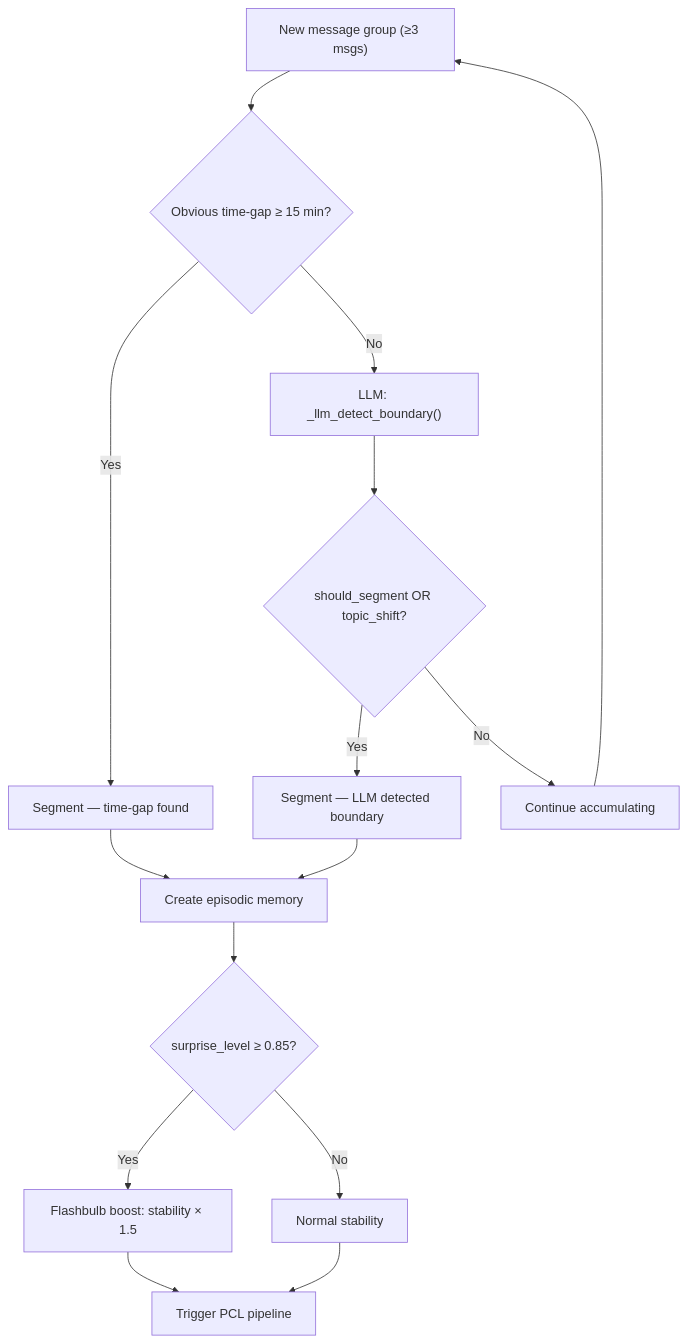
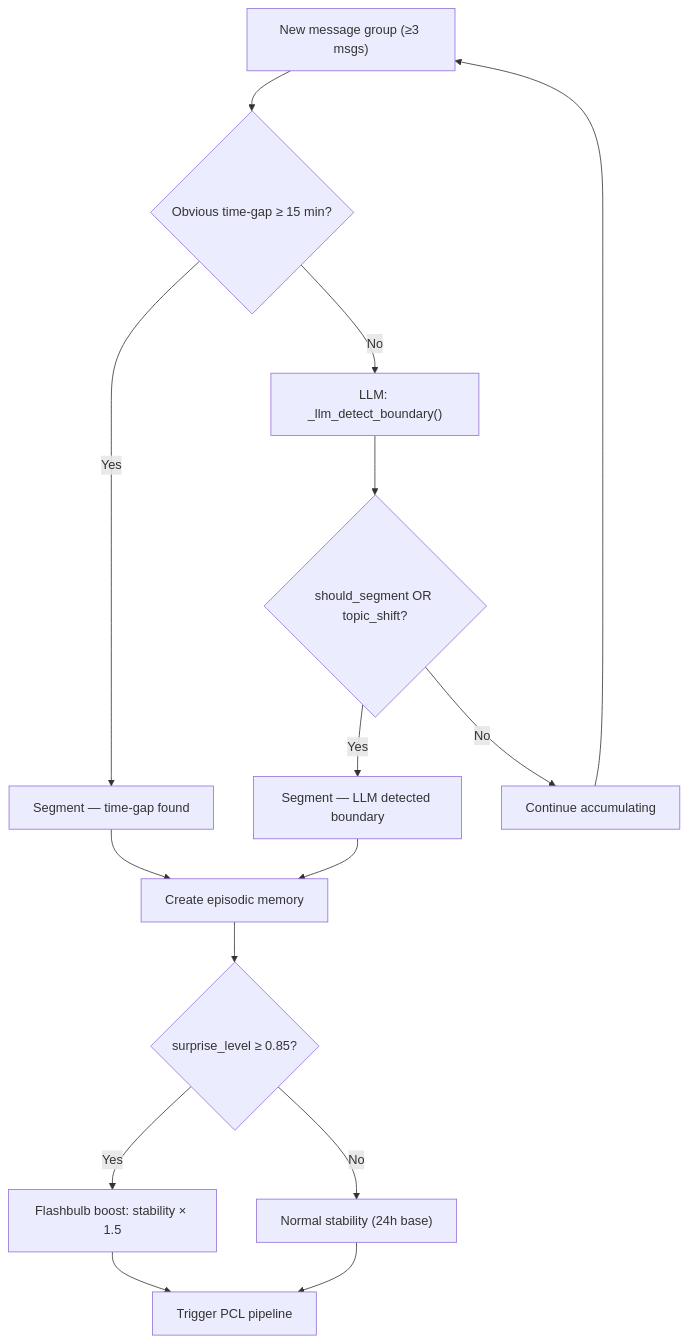
The second of 4 diagrams in app/memory/docs/architecture.md (icedeyes12/yuzu-companion), drawn with Mermaid before and after one commit. The commit also changed 1 other file, not shown here.

Commit message:
feat(memory): implement temporal fast-path and fix flashbulb boost
## Temporal Fast-Path (NEW)
- Add _detect_time_gap() for 15-min gap detection
- Add _apply_temporal_segmentation() for no-LLM segmentation
- Add _enhance_temporal_segments() to add titles/summaries via LLM
- Dual-channel: fast-path first, then LLM for topic shift

## Flashbulb Boost (FIXED)
- Use BASE_STABILITY = 24.0 (FSRS default)
- Apply 1.5x multiplier only when surprise >= 0.85
- Remove double-counting of surprise in stability calc

## Documentation
- Update architecture.md with dual-channel algorithm diagram

Aligned with plast-mem design patterns.

````diff
--- a/app/memory/docs/architecture.md
+++ b/app/memory/docs/architecture.md
@@ -143,17 +143,17 @@
 ```mermaid
 flowchart TD
     A["New message group (≥3 msgs)"] --> B{"Obvious time-gap ≥ 15 min?"}
     B -->|Yes| C["Segment — time-gap found"] 
     B -->|No| D["LLM: _llm_detect_boundary()"]
     D --> E{"should_segment OR topic_shift?"}
     E -->|Yes| F["Segment — LLM detected boundary"]
     E -->|No| G["Continue accumulating"]
     C --> H["Create episodic memory"]
     F --> H
     H --> I{"surprise_level ≥ 0.85?"}
     I -->|Yes| J["Flashbulb boost: stability × 1.5"]
-    I -->|No| K["Normal stability"]
+    I -->|No| K["Normal stability (24h base)"]
     J --> L["Trigger PCL pipeline"]
     K --> L
     G --> A
 ```
````
